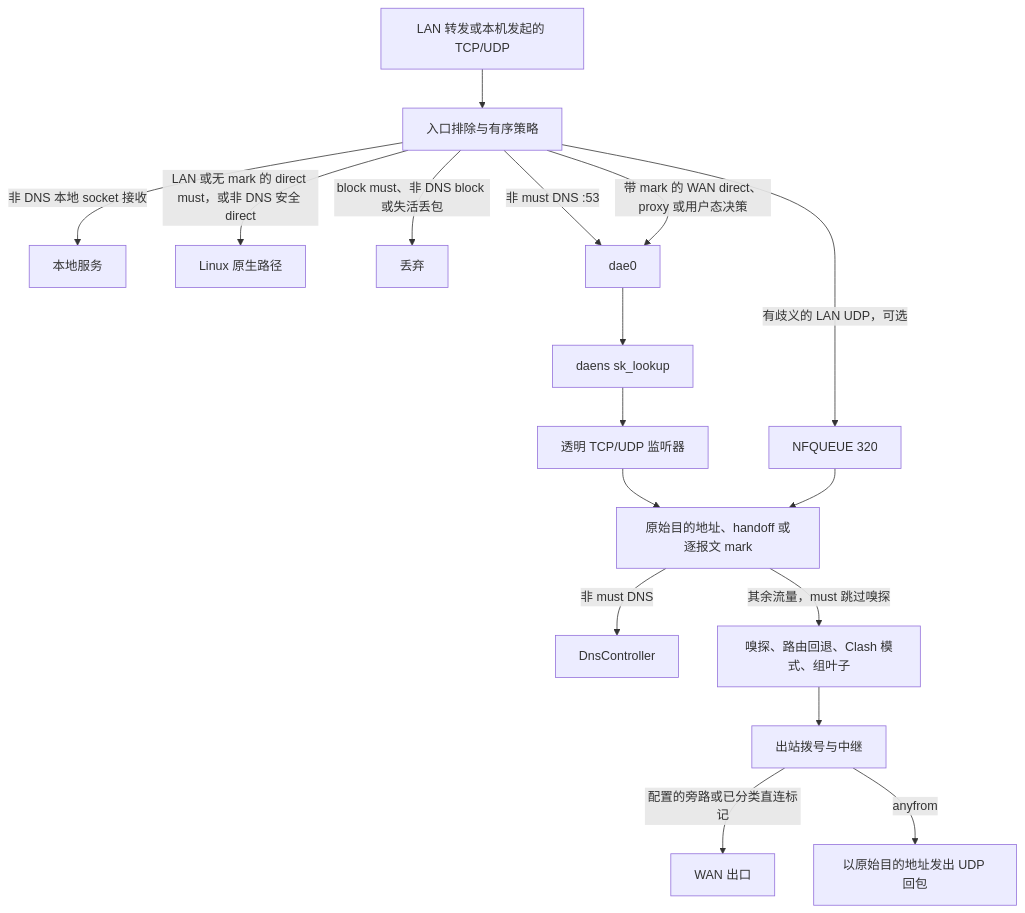
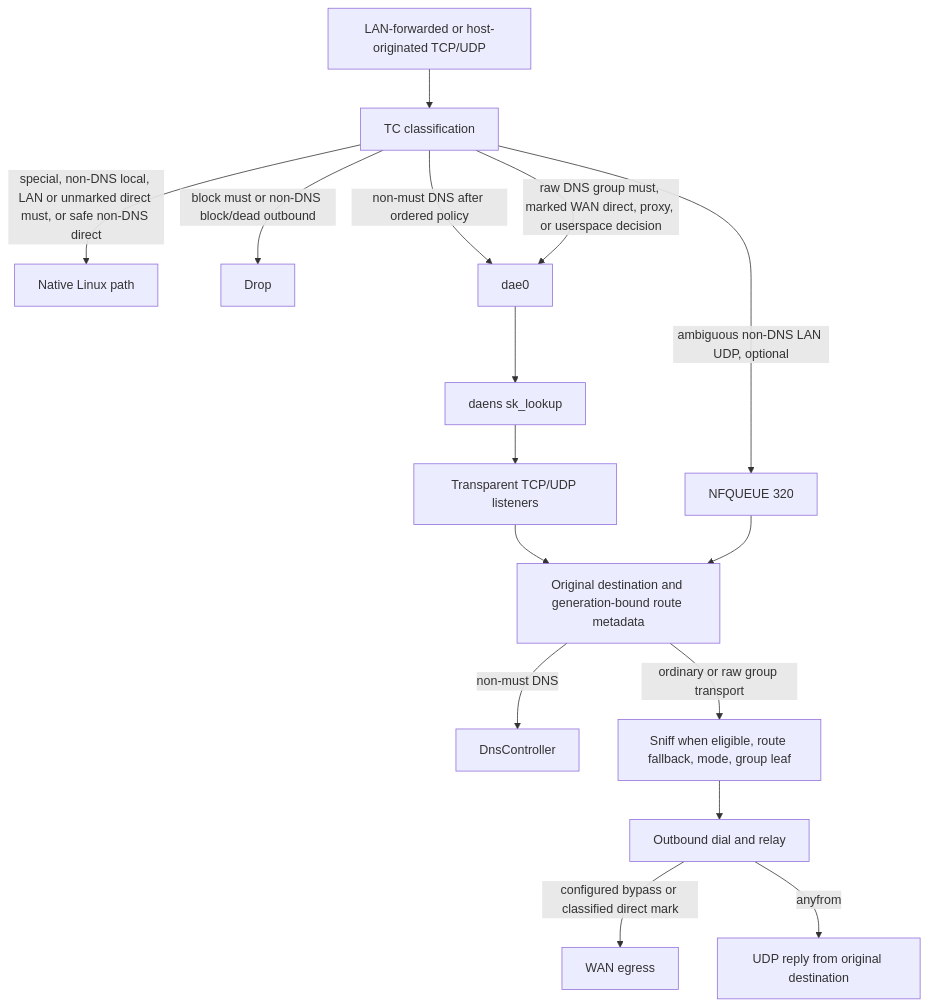
One commit to Glassyiris/honk changed the second of 2 diagrams in doc/zh/design/overview.md. Above: the diagram before and after it, drawn with Mermaid. The commit also changed other lines of this file and 21 other files, not shown here.

````diff
--- a/doc/zh/design/overview.md
+++ b/doc/zh/design/overview.md
@@ -73,19 +80,18 @@
 ```mermaid
 flowchart TB
-  PACKET[LAN 转发或本机发起的 TCP/UDP] --> TC[入口排除与有序策略]
-  TC -->|非 DNS 本地 socket 接收| LOCAL[本地服务]
-  TC -->|LAN 或无 mark 的 direct must，或非 DNS 安全 direct| NATIVE[Linux 原生路径]
-  TC -->|block must、非 DNS block 或失活丢包| DROP[丢弃]
-  TC -->|非 must DNS :53| DAE0[dae0]
-  TC -->|带 mark 的 WAN direct、proxy 或用户态决策| DAE0
-  TC -->|有歧义的 LAN UDP，可选| NFQ[NFQUEUE 320]
+  PACKET[LAN-forwarded or host-originated TCP/UDP] --> TC[TC classification]
+  TC -->|special, non-DNS local, LAN or unmarked direct must, or safe non-DNS direct| NATIVE[Native Linux path]
+  TC -->|block must or non-DNS block/dead outbound| DROP[Drop]
+  TC -->|non-must DNS after ordered policy| DAE0[dae0]
+  TC -->|raw DNS group must, marked WAN direct, proxy, or userspace decision| DAE0
+  TC -->|ambiguous non-DNS LAN UDP, optional| NFQ[NFQUEUE 320]
   DAE0 --> SK[daens sk_lookup]
-  SK --> LISTEN[透明 TCP/UDP 监听器]
-  LISTEN --> CP[原始目的地址、handoff 或逐报文 mark]
+  SK --> LISTEN[Transparent TCP/UDP listeners]
+  LISTEN --> CP[Original destination and generation-bound route metadata]
   NFQ --> CP
-  CP -->|非 must DNS| DNS[DnsController]
-  CP -->|其余流量，must 跳过嗅探| DECIDE[嗅探、路由回退、Clash 模式、组叶子]
-  DECIDE --> DIAL[出站拨号与中继]
-  DIAL -->|配置的旁路或已分类直连标记| WAN[WAN 出口]
-  DIAL -->|anyfrom| REPLY[以原始目的地址发出 UDP 回包]
+  CP -->|non-must DNS| DNS[DnsController]
+  CP -->|ordinary or raw group transport| DECIDE[Sniff when eligible, route fallback, mode, group leaf]
+  DECIDE --> DIAL[Outbound dial and relay]
+  DIAL -->|configured bypass or classified direct mark| WAN[WAN egress]
+  DIAL -->|anyfrom| REPLY[UDP reply from original destination]
 ```
````
